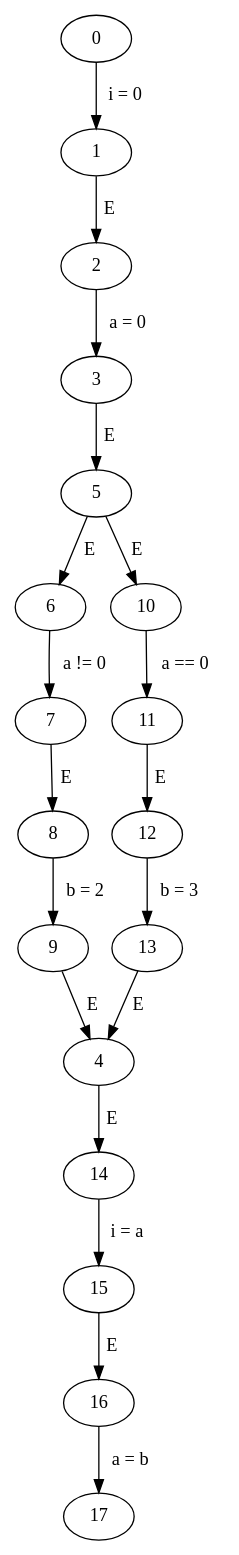
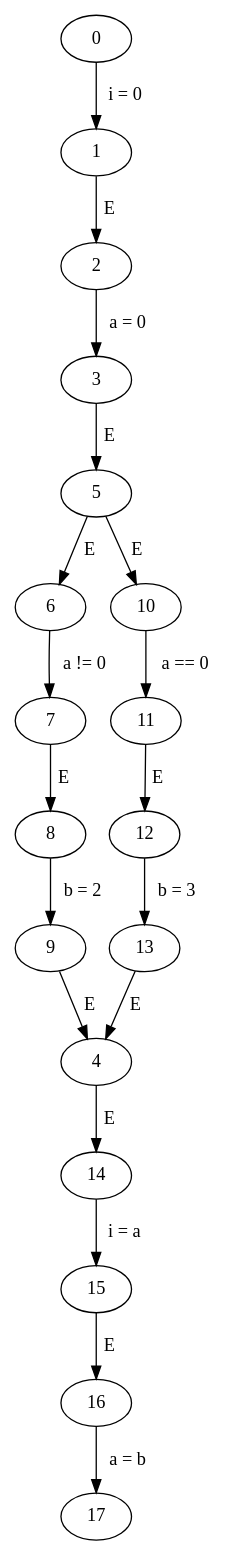
Before and after one commit to Harman309/project6: the diagram in code/cfgs/if/if.gv, drawn with Graphviz. The commit also changed other lines of this file and 39 other files, not shown here.

```diff
--- a/code/cfgs/if/if.gv
+++ b/code/cfgs/if/if.gv
@@ -1,21 +1,21 @@
 // if
 digraph {
+	16 -> 17 [label=" a = b "]
+	6 -> 7 [label=" a != 0 "]
+	3 -> 5 [label=" E "]
+	15 -> 16 [label=" E "]
+	12 -> 13 [label=" b = 3 "]
+	1 -> 2 [label=" E "]
+	2 -> 3 [label=" a = 0 "]
 	11 -> 12 [label=" E "]
 	9 -> 4 [label=" E "]
 	13 -> 4 [label=" E "]
 	8 -> 9 [label=" b = 2 "]
+	7 -> 8 [label=" E "]
 	0 -> 1 [label=" i = 0 "]
-	12 -> 13 [label=" b = 3 "]
 	14 -> 15 [label=" i = a "]
-	1 -> 2 [label=" E "]
-	7 -> 8 [label=" E "]
-	2 -> 3 [label=" a = 0 "]
-	5 -> 6 [label=" E "]
+	5 -> 10 [label=" E "]
 	4 -> 14 [label=" E "]
 	10 -> 11 [label=" a == 0 "]
-	3 -> 5 [label=" E "]
-	16 -> 17 [label=" a = b "]
-	6 -> 7 [label=" a != 0 "]
-	5 -> 10 [label=" E "]
-	15 -> 16 [label=" E "]
+	5 -> 6 [label=" E "]
 }
```
